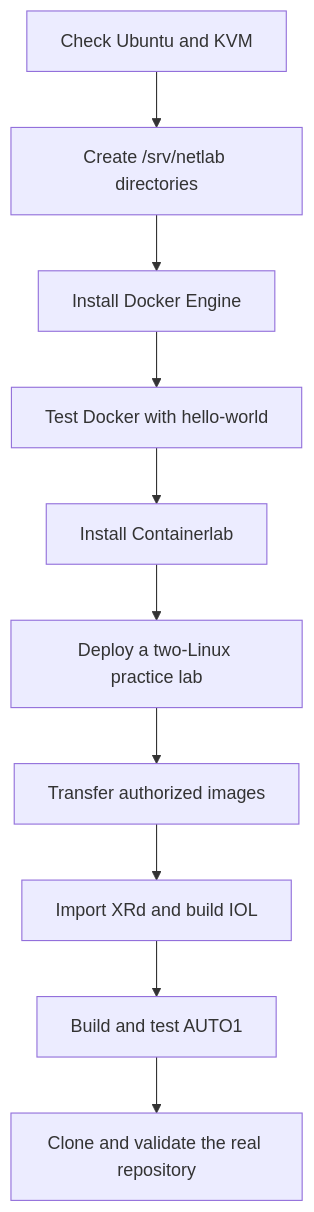
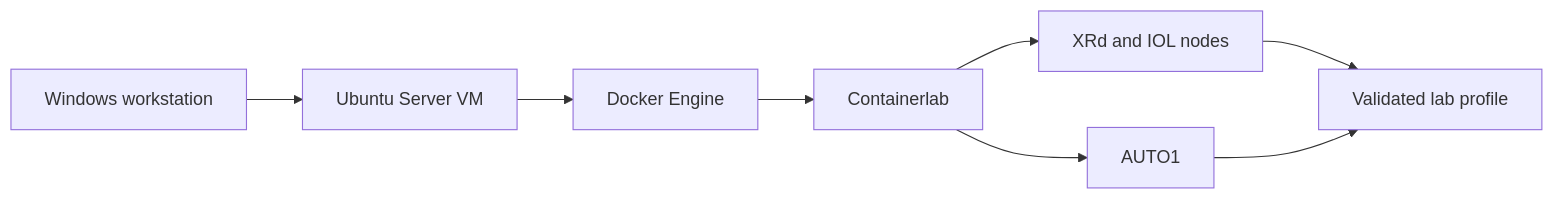
Before and after one commit to dfonquet/ccie-sp-master-lab: the diagram in docs/CONTAINERLAB-INSTALLATION.md, drawn with Mermaid. The commit also changed other lines of this file, not shown here.

First line of the commit message:
Revise Containerlab installation guide for Windows setup

````diff
--- a/docs/CONTAINERLAB-INSTALLATION.md
+++ b/docs/CONTAINERLAB-INSTALLATION.md
@@ -92,12 +51,10 @@
 ```mermaid
-flowchart TD
-    A[Check Ubuntu and KVM] --> B[Create /srv/netlab directories]
-    B --> C[Install Docker Engine]
-    C --> D[Test Docker with hello-world]
-    D --> E[Install Containerlab]
-    E --> F[Deploy a two-Linux practice lab]
-    F --> G[Transfer authorized images]
-    G --> H[Import XRd and build IOL]
-    H --> I[Build and test AUTO1]
-    I --> J[Clone and validate the real repository]
+flowchart LR
+    A[Windows workstation] --> B[Ubuntu Server VM]
+    B --> C[Docker Engine]
+    C --> D[Containerlab]
+    D --> E[XRd and IOL nodes]
+    D --> F[AUTO1]
+    E --> G[Validated lab profile]
+    F --> G
 ```
````
